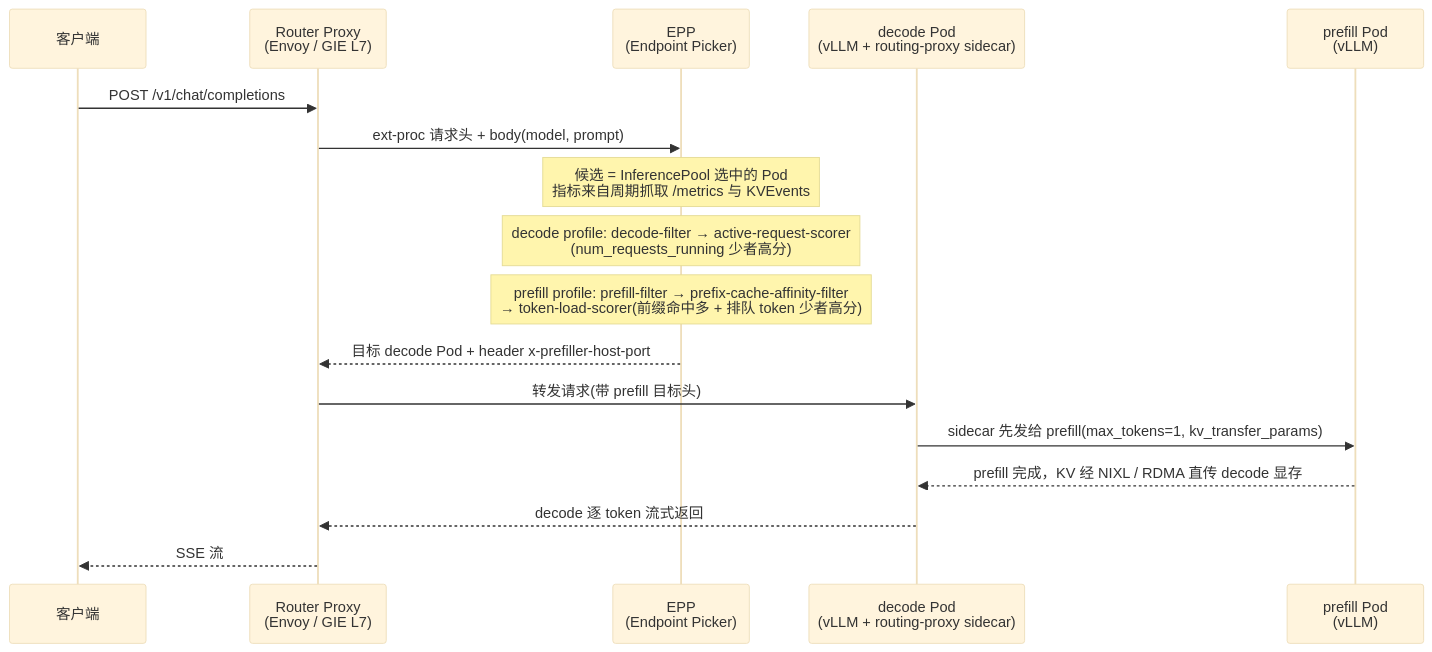
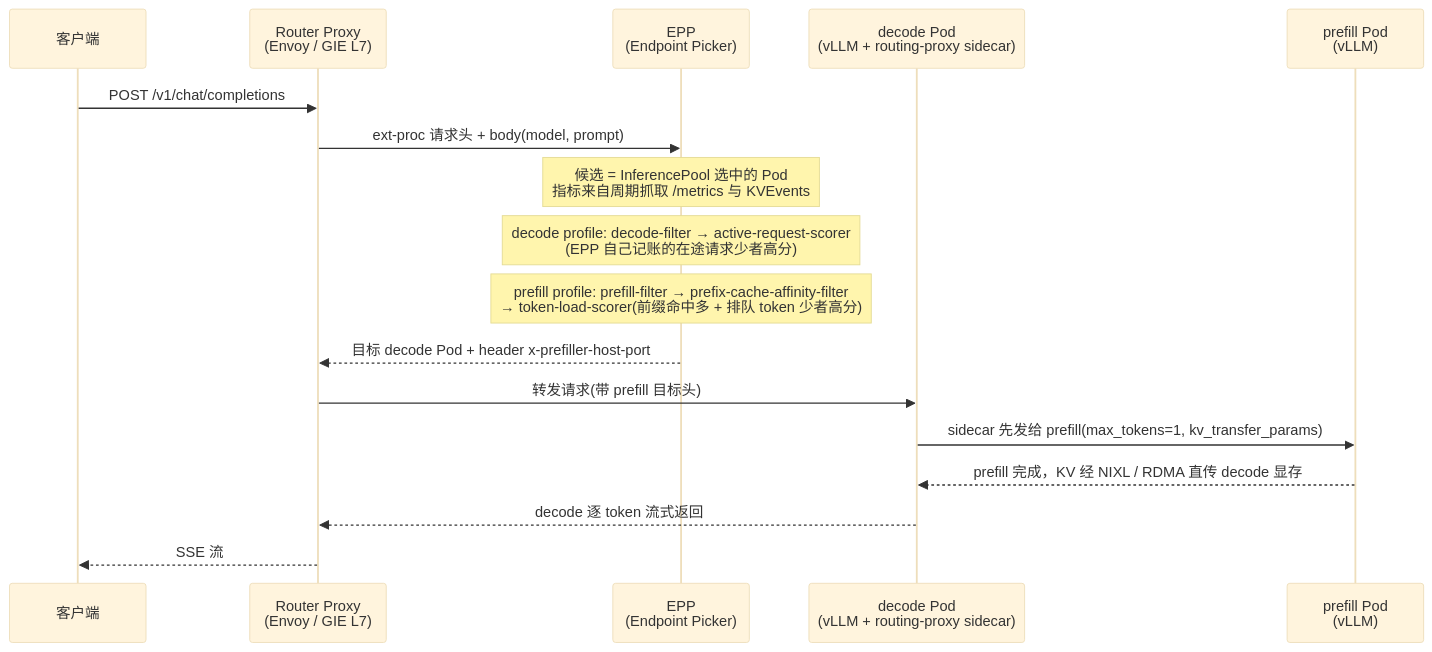
One commit to arganzheng/arganzheng.github.com changed the third of 4 diagrams in _posts/2026-09-20-serving-platforms-kserve-triton-ray-serve-llm-d.md. Above: the diagram before and after it, drawn with Mermaid (base theme). The commit also changed other lines of this file, not shown here.

````diff
--- a/_posts/2026-09-20-serving-platforms-kserve-triton-ray-serve-llm-d.md
+++ b/_posts/2026-09-20-serving-platforms-kserve-triton-ray-serve-llm-d.md
@@ -643,20 +643,20 @@
 ```mermaid
 %% 图：PD 分离路径上三个概念的协作：EPP 不在数据路径上，只回答送到哪，prefill 与 decode 用不同的 schedulingProfile 打分
 sequenceDiagram
     participant C as 客户端
     participant P as Router Proxy<br/>(Envoy / GIE L7)
     participant E as EPP<br/>(Endpoint Picker)
     participant D as decode Pod<br/>(vLLM + routing-proxy sidecar)
     participant F as prefill Pod<br/>(vLLM)
     C->>P: POST /v1/chat/completions
     P->>E: ext-proc 请求头 + body(model, prompt)
     Note over E: 候选 = InferencePool 选中的 Pod<br/>指标来自周期抓取 /metrics 与 KVEvents
-    Note over E: decode profile: decode-filter → active-request-scorer<br/>(num_requests_running 少者高分)
+    Note over E: decode profile: decode-filter → active-request-scorer<br/>(EPP 自己记账的在途请求少者高分)
     Note over E: prefill profile: prefill-filter → prefix-cache-affinity-filter<br/>→ token-load-scorer(前缀命中多 + 排队 token 少者高分)
     E-->>P: 目标 decode Pod + header x-prefiller-host-port
     P->>D: 转发请求(带 prefill 目标头)
     D->>F: sidecar 先发给 prefill(max_tokens=1, kv_transfer_params)
     F-->>D: prefill 完成，KV 经 NIXL / RDMA 直传 decode 显存
     D-->>P: decode 逐 token 流式返回
     P-->>C: SSE 流
 ```
````
